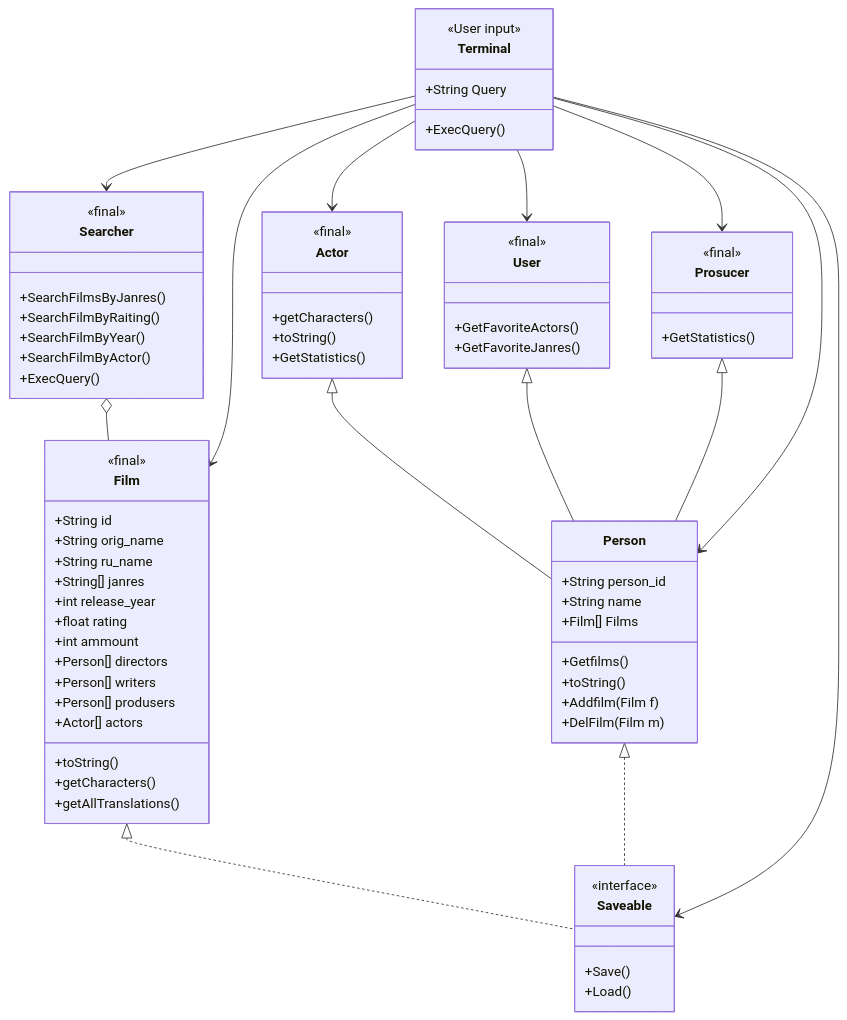
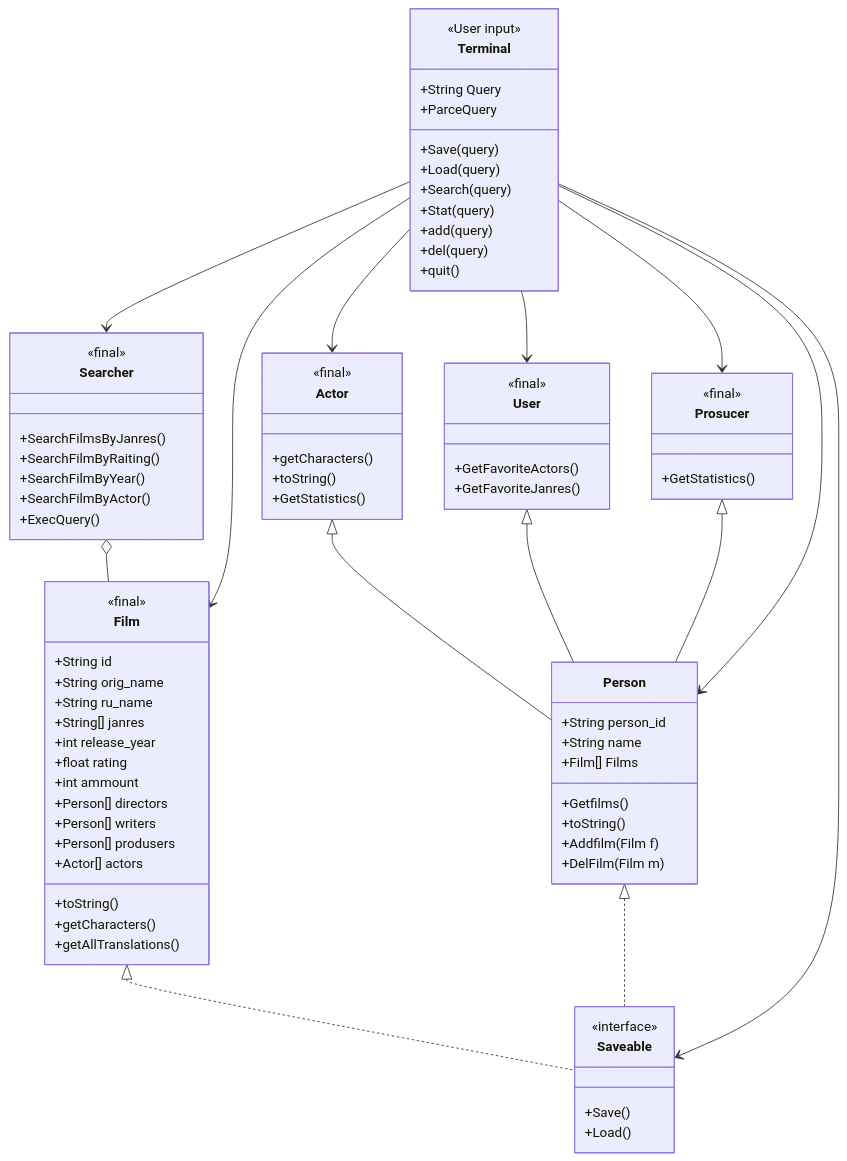
The diagram in Java_OOP/Monastyrskiy/Java_project/docs/structure.md (mmonastyrskiy/Programming_3_sem), drawn with Mermaid before and after one commit.

```diff
--- a/Java_OOP/Monastyrskiy/Java_project/docs/structure.md
+++ b/Java_OOP/Monastyrskiy/Java_project/docs/structure.md
@@ -16,7 +16,15 @@
     class Terminal{
     <<User input>>
     +String Query
-    +ExecQuery()
+    +ParceQuery
+    +Save(query)
+    +Load(query)
+    +Search(query)
+    +Stat(query)
+    +add(query)
+    +del(query)
+    +quit()
+    
     }
     
     class Film{
```
